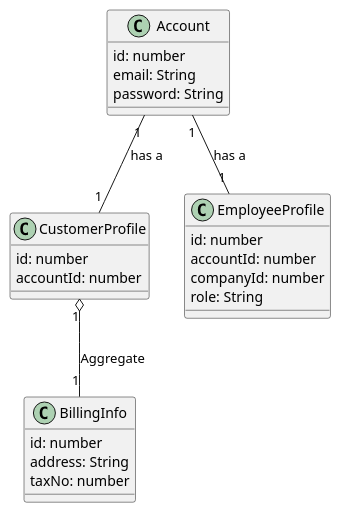
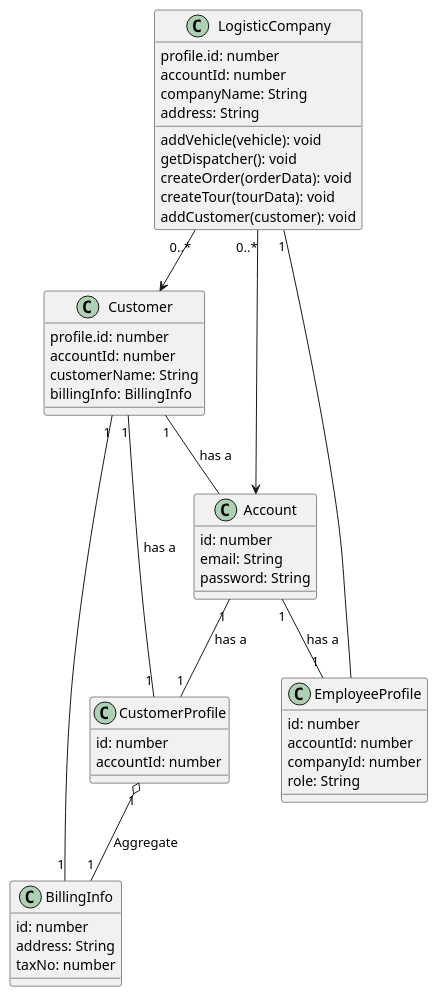
Before and after one commit to coyotiv-sose/graduation-project-AkinKaradag: the diagram in architecture/class.puml, drawn with PlantUML. The commit also changed 4 other files, not shown here.

First line of the commit message:
Update UML diagram with domain classes

```diff
--- a/architecture/class.puml
+++ b/architecture/class.puml
@@ -1,33 +1,59 @@
 @startuml
 
 class Account {
   id: number
   email: String
   password: String
 }
 
 class CustomerProfile {
   id: number
   accountId: number
 }
 
 class BillingInfo {
   id: number
   address: String
   taxNo: number
 }
 
 class EmployeeProfile {
   id: number
   accountId: number
   companyId: number
   role: String
 }
 
+class Customer {
+  profile.id: number
+  accountId: number
+  customerName: String
+  billingInfo: BillingInfo
+}
+
+class LogisticCompany {
+  profile.id: number
+  accountId: number
+  companyName: String
+  address: String
+
+  addVehicle(vehicle): void
+  getDispatcher(): void
+  createOrder(orderData): void
+  createTour(tourData): void
+  addCustomer(customer): void
+}
+
 Account "1" -- "1" CustomerProfile : has a
 Account "1" -- "1" EmployeeProfile : has a
 CustomerProfile "1" o-- "1" BillingInfo : Aggregate
+Customer "1" -- Account : has a
+Customer "1" -- "1" CustomerProfile : has a
+Customer "1" -- "1" BillingInfo
+LogisticCompany "0..*" --> Account
+LogisticCompany "0..*" --> Customer
+LogisticCompany "1" -- EmployeeProfile
 
 
 
 @enduml
```
